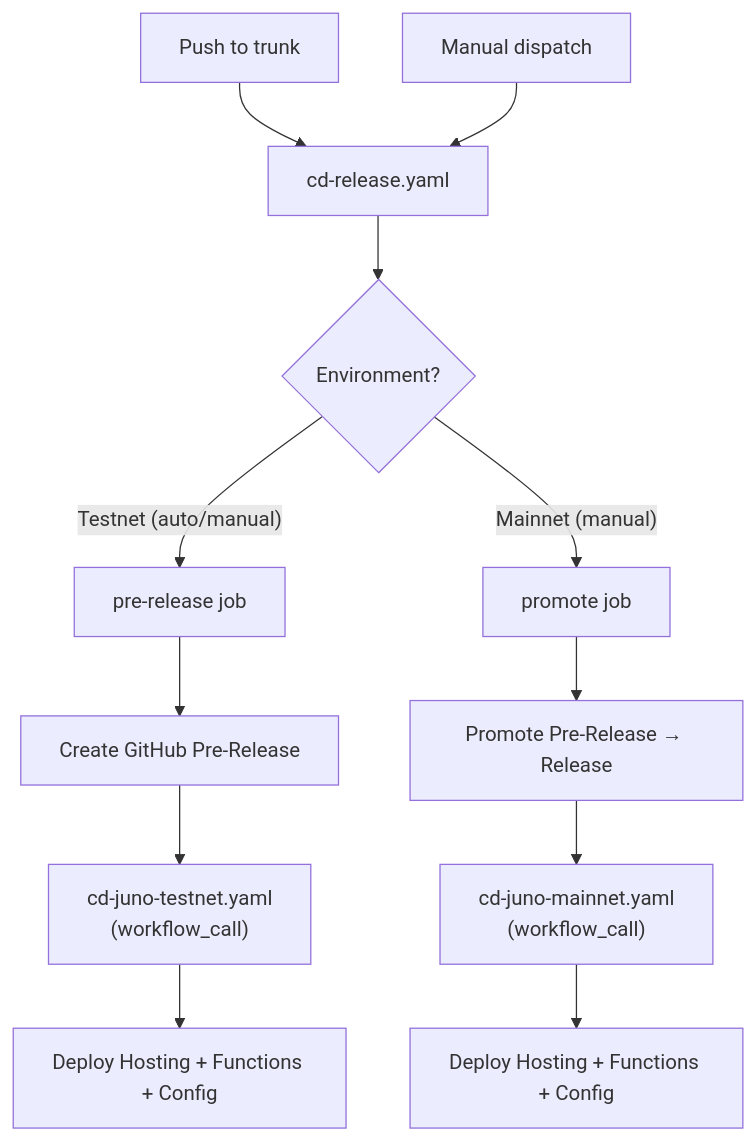
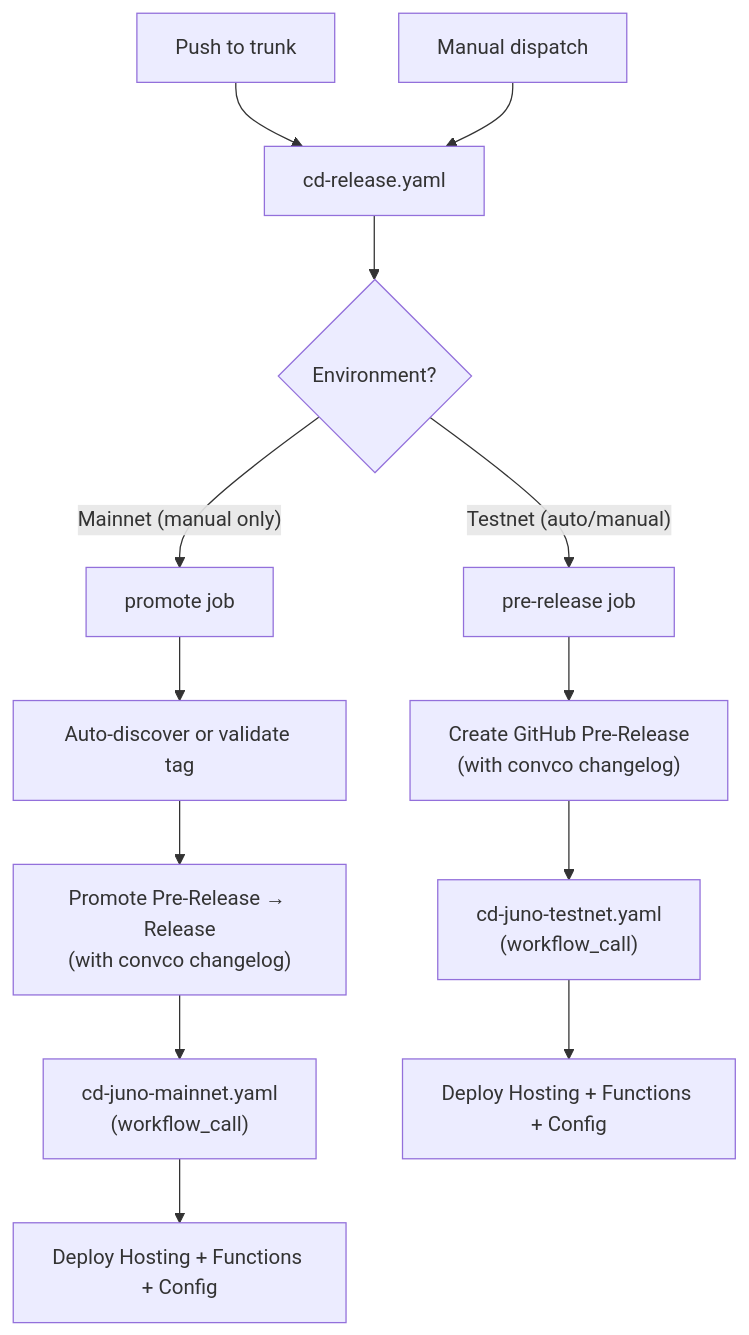
One commit to tresr-community/tresr-game changed the first of 3 diagrams in docs/ci-cd.md. Above: the diagram before and after it, drawn with Mermaid. The commit also changed other lines of this file and 45 other files, not shown here.

````diff
--- a/docs/ci-cd.md
+++ b/docs/ci-cd.md
@@ -5,18 +5,19 @@
 ```mermaid
 graph TD
     A["Push to trunk"] --> B["cd-release.yaml"]
     C["Manual dispatch"] --> B
 
     B --> D{"Environment?"}
     D -->|"Testnet (auto/manual)"| E["pre-release job"]
-    D -->|"Mainnet (manual)"| F["promote job"]
+    D -->|"Mainnet (manual only)"| F["promote job"]
 
-    E --> G["Create GitHub Pre-Release"]
+    E --> G["Create GitHub Pre-Release<br/>(with convco changelog)"]
     G --> H["cd-juno-testnet.yaml<br/>(workflow_call)"]
 
-    F --> I["Promote Pre-Release → Release"]
-    I --> J["cd-juno-mainnet.yaml<br/>(workflow_call)"]
+    F --> I["Auto-discover or validate tag"]
+    I --> J["Promote Pre-Release → Release<br/>(with convco changelog)"]
+    J --> K["cd-juno-mainnet.yaml<br/>(workflow_call)"]
 
-    H --> K["Deploy Hosting + Functions + Config"]
-    J --> L["Deploy Hosting + Functions + Config"]
+    H --> L["Deploy Hosting + Functions + Config"]
+    K --> M["Deploy Hosting + Functions + Config"]
 ```
````
